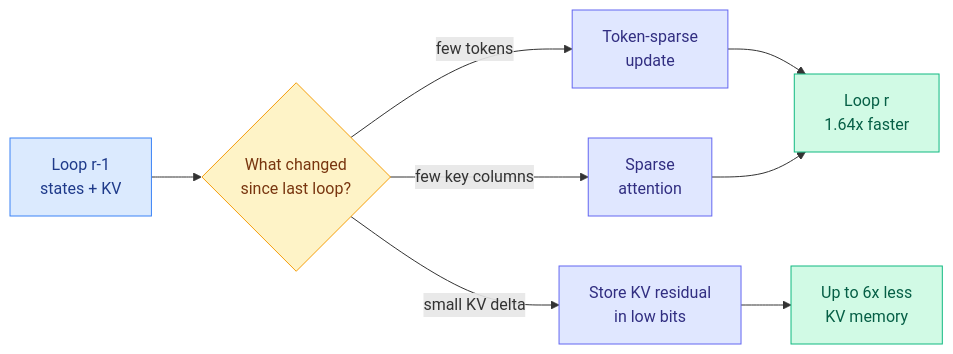
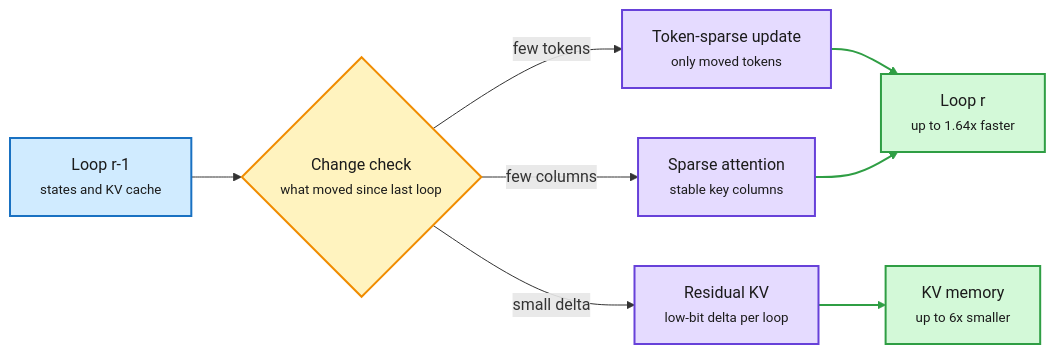
The first of 9 diagrams in wiki/daily-digest/2026-09/2026-09-27.md (bayesiansapien/cere-bro), drawn with Mermaid before and after one commit. The commit also changed other lines of this file, not shown here.

````diff
--- a/wiki/daily-digest/2026-09/2026-09-27.md
+++ b/wiki/daily-digest/2026-09/2026-09-27.md
@@ -42,18 +43,21 @@
 ```mermaid
 flowchart LR
-  L1[Loop r-1<br/>states + KV] --> D{What changed<br/>since last loop?}
-  D -->|few tokens| T[Token-sparse<br/>update]
-  D -->|few key columns| S[Sparse<br/>attention]
-  D -->|small KV delta| Q[Store KV residual<br/>in low bits]
-  T --> L2[Loop r<br/>1.64x faster]
+  L1["Loop r-1<br/><small>states and KV cache</small>"] --> D{"Change check<br/><small>what moved since last loop</small>"}
+  D -->|few tokens| T["Token-sparse update<br/><small>only moved tokens</small>"]
+  D -->|few columns| S["Sparse attention<br/><small>stable key columns</small>"]
+  D -->|small delta| Q["Residual KV<br/><small>low-bit delta per loop</small>"]
+  T --> L2["Loop r<br/><small>up to 1.64x faster</small>"]
   S --> L2
-  Q --> M[Up to 6x less<br/>KV memory]
-  classDef input fill:#dbeafe,stroke:#3b82f6,color:#1e3a8a
-  classDef decision fill:#fef3c7,stroke:#f59e0b,color:#78350f
-  classDef output fill:#d1fae5,stroke:#10b981,color:#065f46
-  classDef aux fill:#e0e7ff,stroke:#6366f1,color:#312e81
+  Q --> M["KV memory<br/><small>up to 6x smaller</small>"]
+  classDef input fill:#d0ebff,stroke:#1971c2,color:#1b1b1b,stroke-width:2px
+  classDef core fill:#e5dbff,stroke:#6741d9,color:#1b1b1b,stroke-width:2px
+  classDef loop fill:#fff3bf,stroke:#f08c00,color:#1b1b1b,stroke-width:2px
+  classDef exit fill:#d3f9d8,stroke:#2f9e44,color:#1b1b1b,stroke-width:2px
   class L1 input
-  class D decision
-  class T,S,Q aux
-  class L2,M output
+  class D loop
+  class T,S,Q core
+  class L2,M exit
+  linkStyle 4 stroke:#2f9e44,stroke-width:2px
+  linkStyle 5 stroke:#2f9e44,stroke-width:2px
+  linkStyle 6 stroke:#2f9e44,stroke-width:2px
 ```
````
